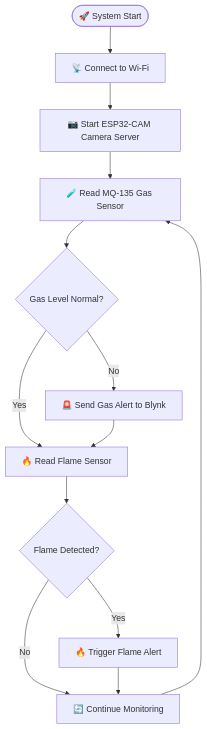
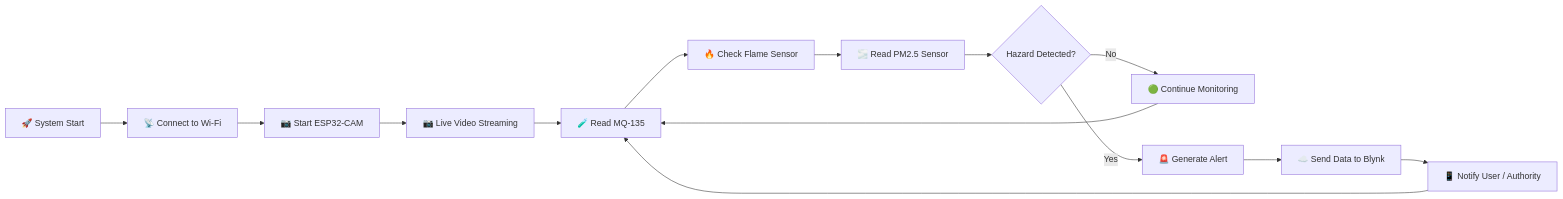
Before and after one commit to MayukhX-ux/PyroScan: the first of 2 diagrams in README.md, drawn with Mermaid. The commit also changed other lines of this file, not shown here.

````diff
--- a/README.md
+++ b/README.md
@@ -434,27 +503,29 @@
 ```mermaid
-flowchart TD
+flowchart LR
 
-A([🚀 System Start]) --> B[📡 Connect to Wi-Fi]
+A[🚀 System Start] --> B[📡 Connect to Wi-Fi]
 
-B --> C[📷 Start ESP32-CAM Camera Server]
+B --> C[📷 Start ESP32-CAM]
 
-C --> D[🧪 Read MQ-135 Gas Sensor]
+C --> D[📷 Live Video Streaming]
 
-D --> E{Gas Level Normal?}
+D --> E[🧪 Read MQ-135]
 
-E -- Yes --> F[🔥 Read Flame Sensor]
+E --> F[🔥 Check Flame Sensor]
 
-E -- No --> G[🚨 Send Gas Alert to Blynk]
+F --> G[🌫️ Read PM2.5 Sensor]
 
-G --> F
+G --> H{Hazard Detected?}
 
-F --> H{Flame Detected?}
+H -- No --> I[🟢 Continue Monitoring]
 
-H -- No --> I[🔄 Continue Monitoring]
+I --> E
 
-H -- Yes --> J[🔥 Trigger Flame Alert]
+H -- Yes --> J[🚨 Generate Alert]
 
-J --> I
+J --> K[☁️ Send Data to Blynk]
 
-I --> D
+K --> L[📱 Notify User / Authority]
+
+L --> E
 ```
````
